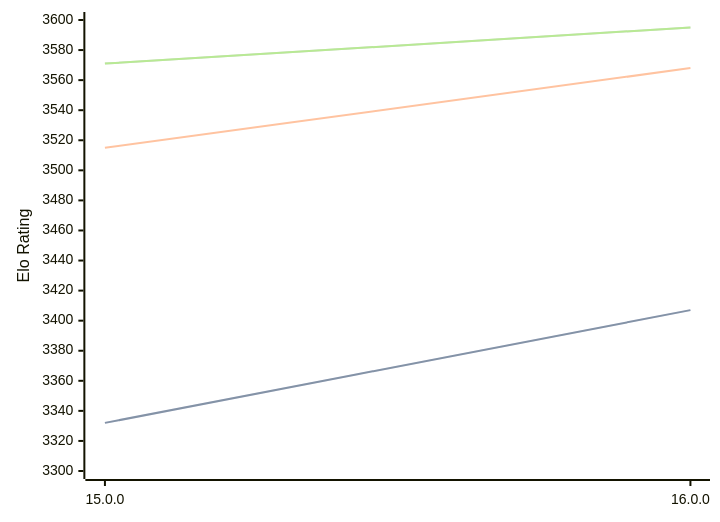
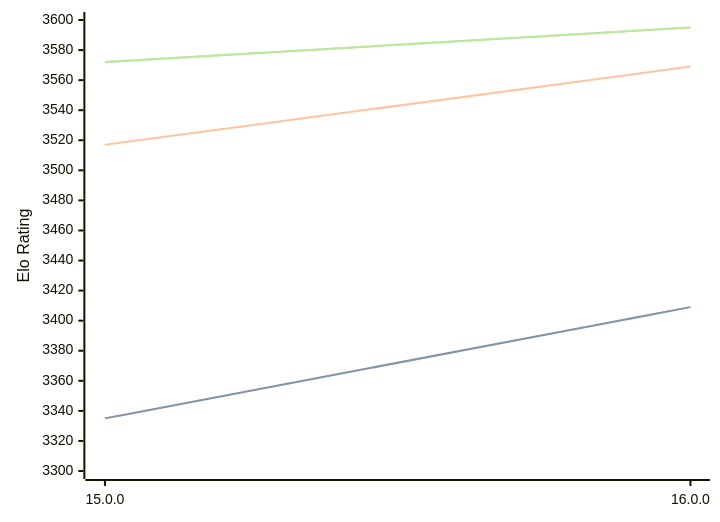
The diagram in engines/Halogen.md (computer-chess-index/cci), drawn with Mermaid before and after one commit. The commit also changed other lines of this file, not shown here.

Commit message:
Update CCI Ratings (ELO VLTC) - 2026-05-06

````diff
--- a/engines/Halogen.md
+++ b/engines/Halogen.md
@@ -50,11 +50,11 @@
 ```mermaid
 %%{init: {"theme":"base","themeVariables":{"seriesColors:['#a3a3a3','#222221','#faa371']}}}%%
 xychart-beta
   x-axis ["15.0.0", "16.0.0"]
   y-axis "Elo Rating" 3300 --> 3600
-  line "STC (8.0+0.08s)" [3332, 3407]
-  line "STC (8.0+0.08s)" [3332, 3407]
-  line "LTC (60.0+0.60s)" [3515, 3568]
-  line "VLTC (2m24s+1.12s)" [3571, 3595]
-  line "VLTC (2m24s+1.12s)" [3571, 3595]
+  line "STC (8.0+0.08s)" [3335, 3409]
+  line "STC (8.0+0.08s)" [3335, 3409]
+  line "LTC (60.0+0.60s)" [3517, 3569]
+  line "VLTC (2m24s+1.12s)" [3572, 3595]
+  line "VLTC (2m24s+1.12s)" [3572, 3595]
 ```
````
